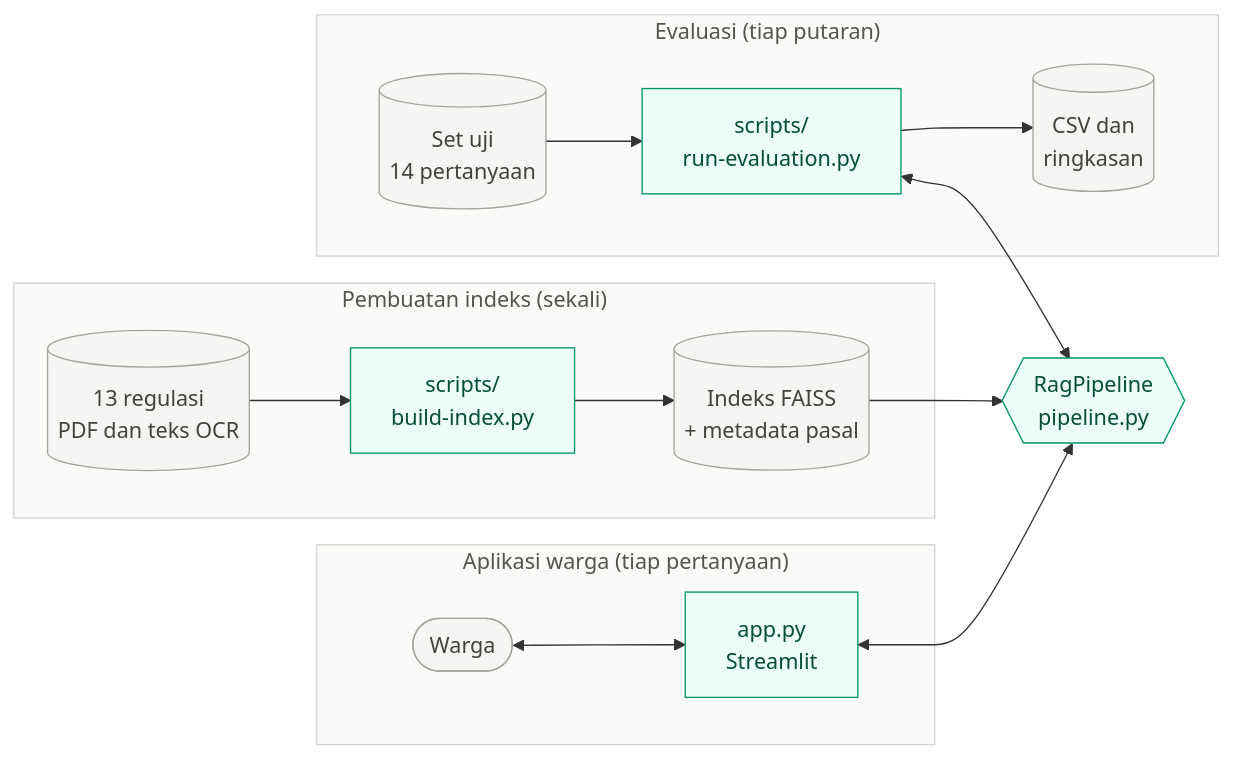
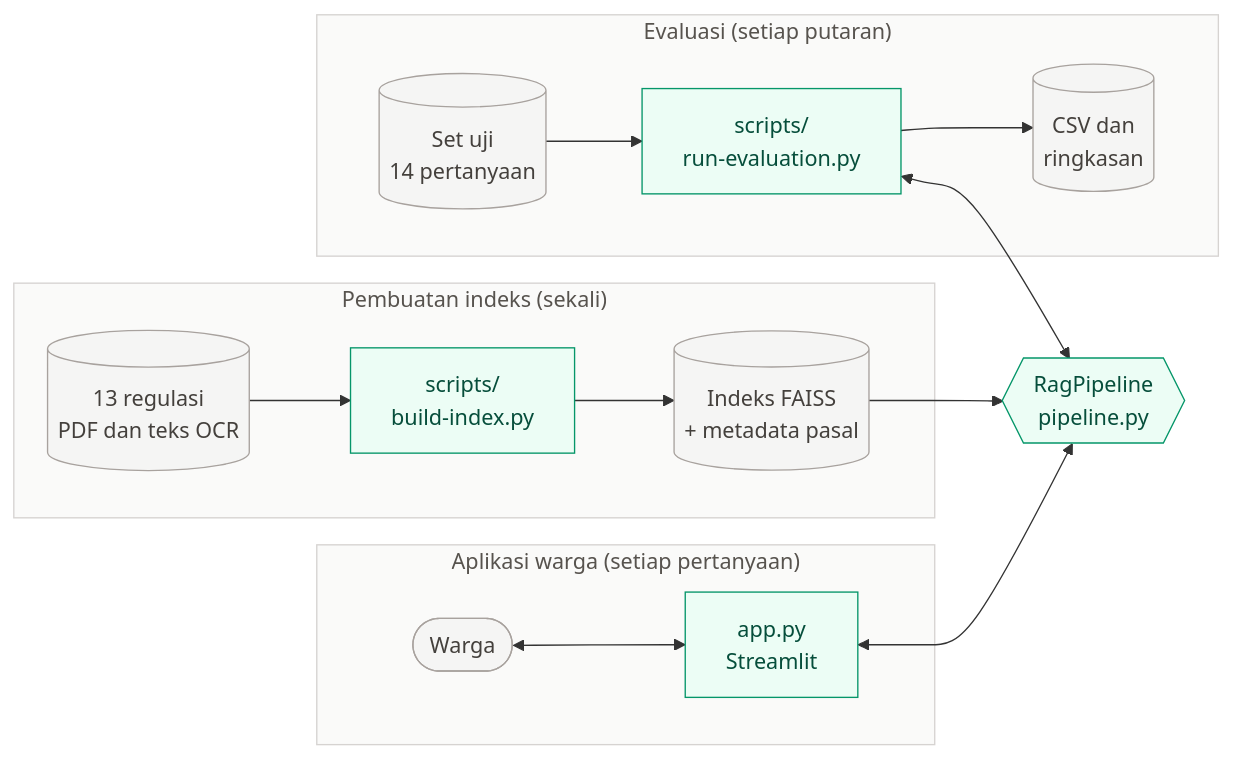
One commit to bangahmed/RAG_Dukcapil changed the first of 6 diagrams in docs/alur-kerja.md. Above: the diagram before and after it, drawn with Mermaid. The commit also changed other lines of this file and 8 other files, not shown here.

````diff
--- a/docs/alur-kerja.md
+++ b/docs/alur-kerja.md
@@ -25,35 +26,35 @@
 ```mermaid
 flowchart LR
     classDef lokal fill:#ecfdf5,stroke:#059669,color:#064e3b
     classDef data fill:#f5f5f4,stroke:#a8a29e,color:#44403c
 
     subgraph OFF["Pembuatan indeks (sekali)"]
         pdf[("13 regulasi<br/>PDF dan teks OCR")]:::data
         build["scripts/<br/>build-index.py"]:::lokal
         index[("Indeks FAISS<br/>+ metadata pasal")]:::data
         pdf --> build --> index
     end
 
     pipe{{"RagPipeline<br/>pipeline.py"}}:::lokal
 
-    subgraph ON["Aplikasi warga (tiap pertanyaan)"]
+    subgraph ON["Aplikasi warga (setiap pertanyaan)"]
         warga(["Warga"]):::data
         app["app.py<br/>Streamlit"]:::lokal
         warga <--> app
     end
 
-    subgraph EV["Evaluasi (tiap putaran)"]
+    subgraph EV["Evaluasi (setiap putaran)"]
         uji[("Set uji<br/>14 pertanyaan")]:::data
         eval["scripts/<br/>run-evaluation.py"]:::lokal
         hasil[("CSV dan<br/>ringkasan")]:::data
         uji --> eval --> hasil
     end
 
     index --> pipe
     app <--> pipe
     eval <--> pipe
 
     style OFF fill:#fafaf9,stroke:#d6d3d1,color:#57534e
     style ON fill:#fafaf9,stroke:#d6d3d1,color:#57534e
     style EV fill:#fafaf9,stroke:#d6d3d1,color:#57534e
 ```
````
